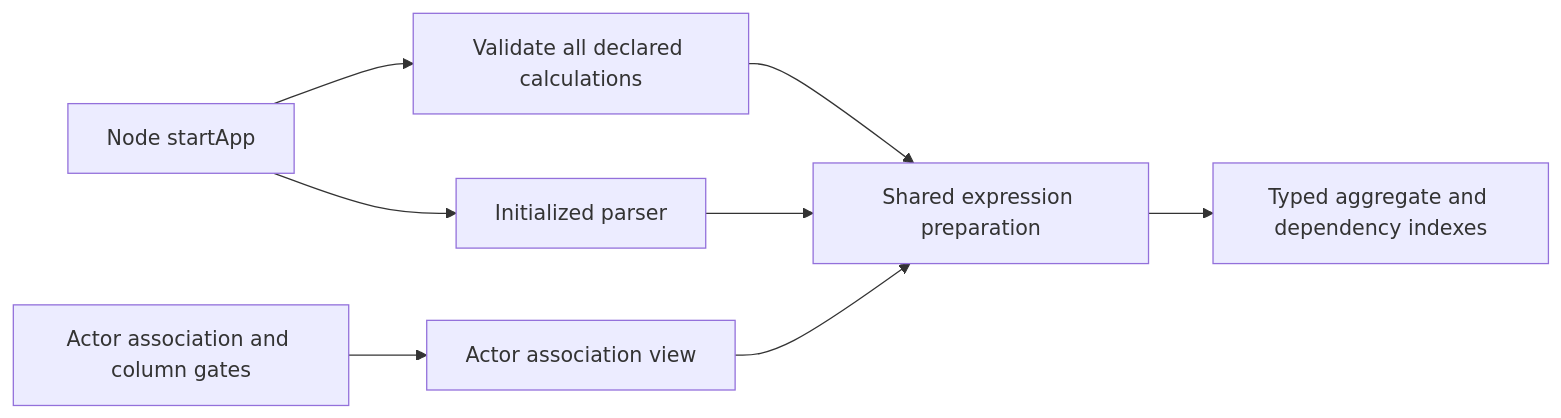
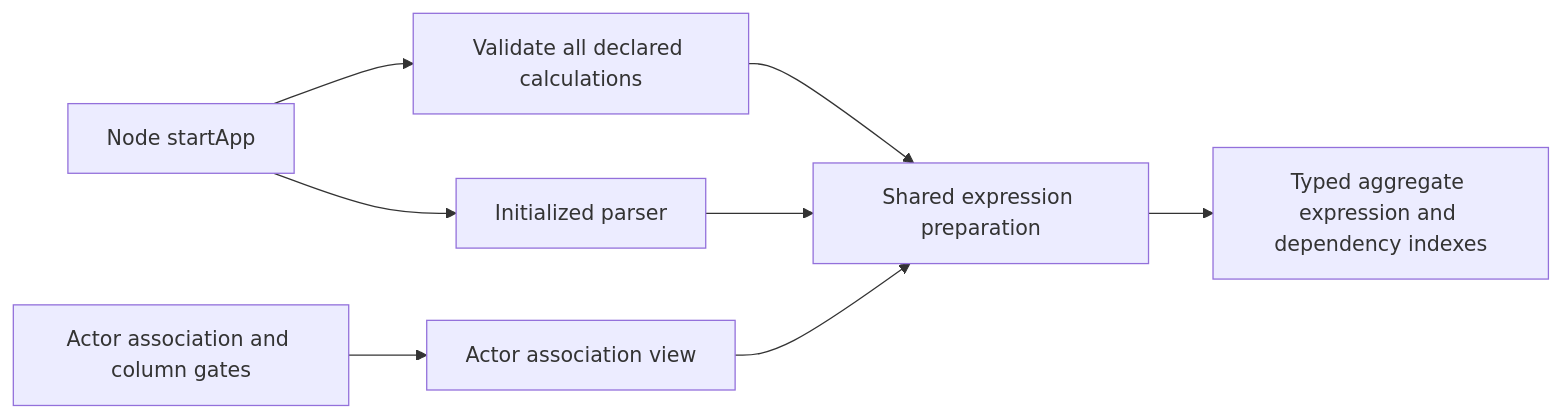
One commit to relatehq/relate changed the second of 9 diagrams in packages/runtime/CONTRACT.md. Above: the diagram before and after it, drawn with Mermaid. The commit also changed other lines of this file and 48 other files, not shown here.

````diff
--- a/packages/runtime/CONTRACT.md
+++ b/packages/runtime/CONTRACT.md
@@ -417,10 +429,10 @@
 ```mermaid
 flowchart LR
   Node[Node startApp] --> Parser[Initialized parser]
   Node --> Startup[Validate all declared calculations]
   Startup --> Prepare[Shared expression preparation]
   Parser --> Prepare
   Authorization[Actor association and column gates] --> View[Actor association view]
   View --> Prepare
-  Prepare --> Resolved[Typed aggregate and dependency indexes]
+  Prepare --> Resolved[Typed aggregate expression and dependency indexes]
 ```
````
